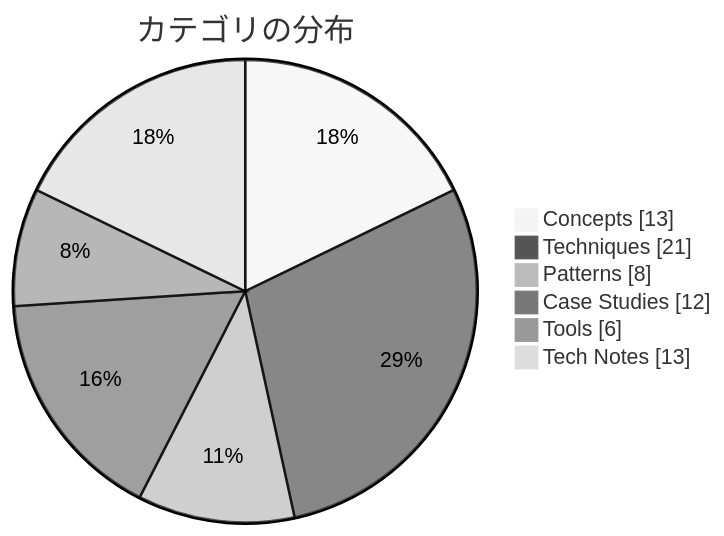
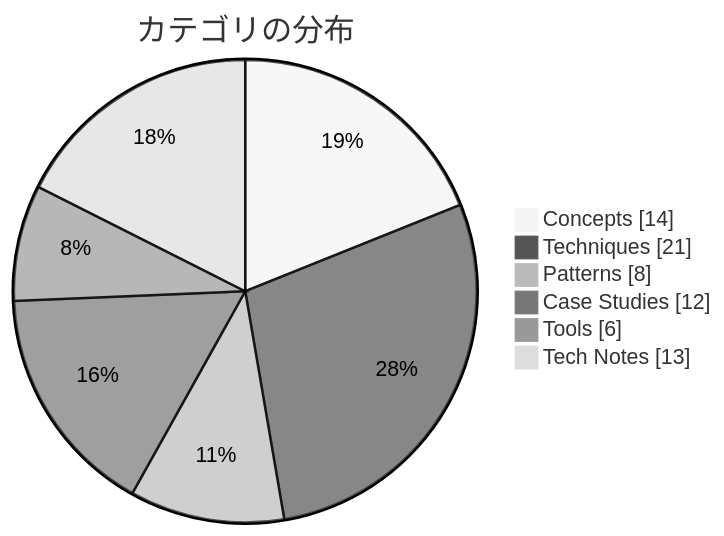
Before and after one commit to dinekt/dinekt-wiki: the second of 2 diagrams in docs/index.md, drawn with Mermaid (neutral theme). The commit also changed other lines of this file and 6 other files, not shown here.

````diff
--- a/docs/index.md
+++ b/docs/index.md
@@ -37,9 +37,9 @@
 ```mermaid
 pie showData title カテゴリの分布
-    "Concepts" : 13
+    "Concepts" : 14
     "Techniques" : 21
     "Patterns" : 8
     "Case Studies" : 12
     "Tools" : 6
     "Tech Notes" : 13
 ```
````
